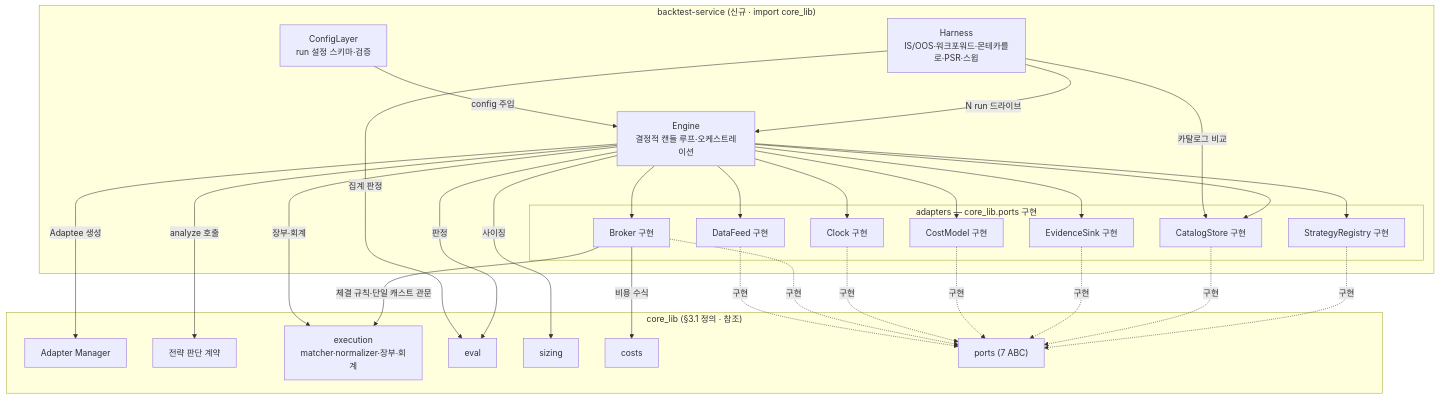
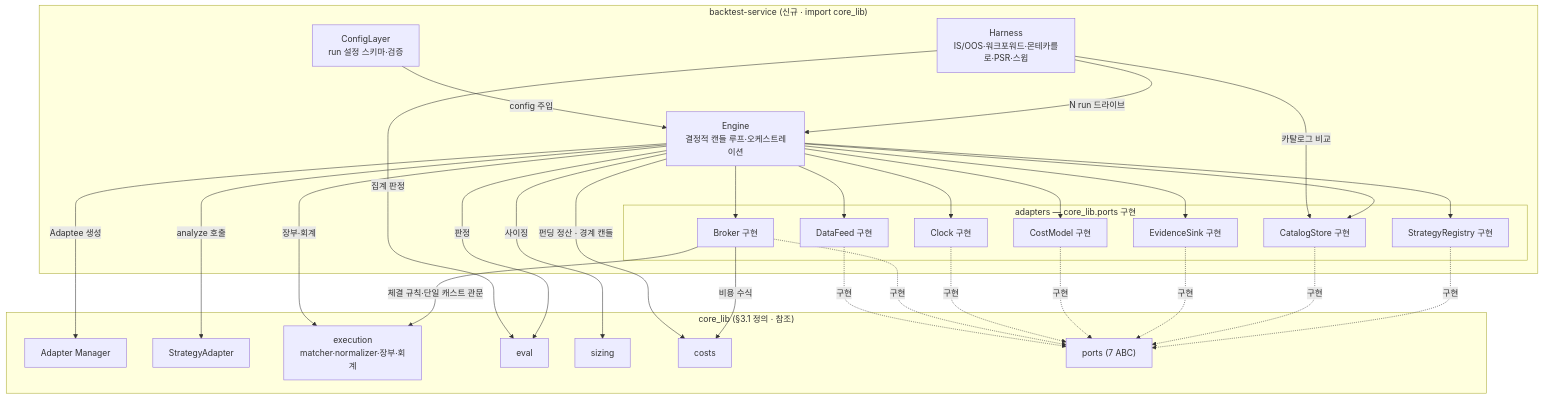
One commit to vessel35/trading-system-v2 changed the fourth of 17 diagrams in docs/fullspec/backtest_v2_detailed_design.md. Above: the diagram before and after it, drawn with Mermaid. The commit also changed other lines of this file, not shown here.

````diff
--- a/docs/fullspec/backtest_v2_detailed_design.md
+++ b/docs/fullspec/backtest_v2_detailed_design.md
@@ -522,52 +566,53 @@
 ```mermaid
 flowchart TD
     subgraph BTS["backtest-service (신규 · import core_lib)"]
         CFGL["ConfigLayer<br/>run 설정 스키마·검증"]
         ENG["Engine<br/>결정적 캔들 루프·오케스트레이션"]
         HAR["Harness<br/>IS/OOS·워크포워드·몬테카를로·PSR·스윕"]
         subgraph ADP["adapters — core_lib.ports 구현"]
             DF["DataFeed 구현"]
             BR["Broker 구현"]
             CL["Clock 구현"]
             CM["CostModel 구현"]
             ES["EvidenceSink 구현"]
             CS["CatalogStore 구현"]
             SR["StrategyRegistry 구현"]
         end
     end
     subgraph CLREF["core_lib (§3.1 정의 · 참조)"]
         RMGR["Adapter Manager"]
-        RSTR["전략 판단 계약"]
+        RSTR["StrategyAdapter"]
         REXE["execution<br/>matcher·normalizer·장부·회계"]
         REVAL["eval"]
         RSIZ["sizing"]
         RCST["costs"]
         RPORT["ports (7 ABC)"]
     end
 
     CFGL -->|config 주입| ENG
     HAR -->|N run 드라이브| ENG
     HAR -->|카탈로그 비교| CS
     HAR -->|집계 판정| REVAL
     ENG --> DF
     ENG --> BR
     ENG --> CL
     ENG --> CM
     ENG --> ES
     ENG --> CS
     ENG --> SR
     ENG -->|Adaptee 생성| RMGR
     ENG -->|analyze 호출| RSTR
     ENG -->|사이징| RSIZ
     ENG -->|판정| REVAL
     ENG -->|장부·회계| REXE
+    ENG -->|펀딩 정산 · 경계 캔들| RCST
     BR -->|체결 규칙·단일 캐스트 관문| REXE
     BR -->|비용 수식| RCST
     DF -.->|구현| RPORT
     BR -.->|구현| RPORT
     CL -.->|구현| RPORT
     CM -.->|구현| RPORT
     ES -.->|구현| RPORT
     CS -.->|구현| RPORT
     SR -.->|구현| RPORT
 ```
````
